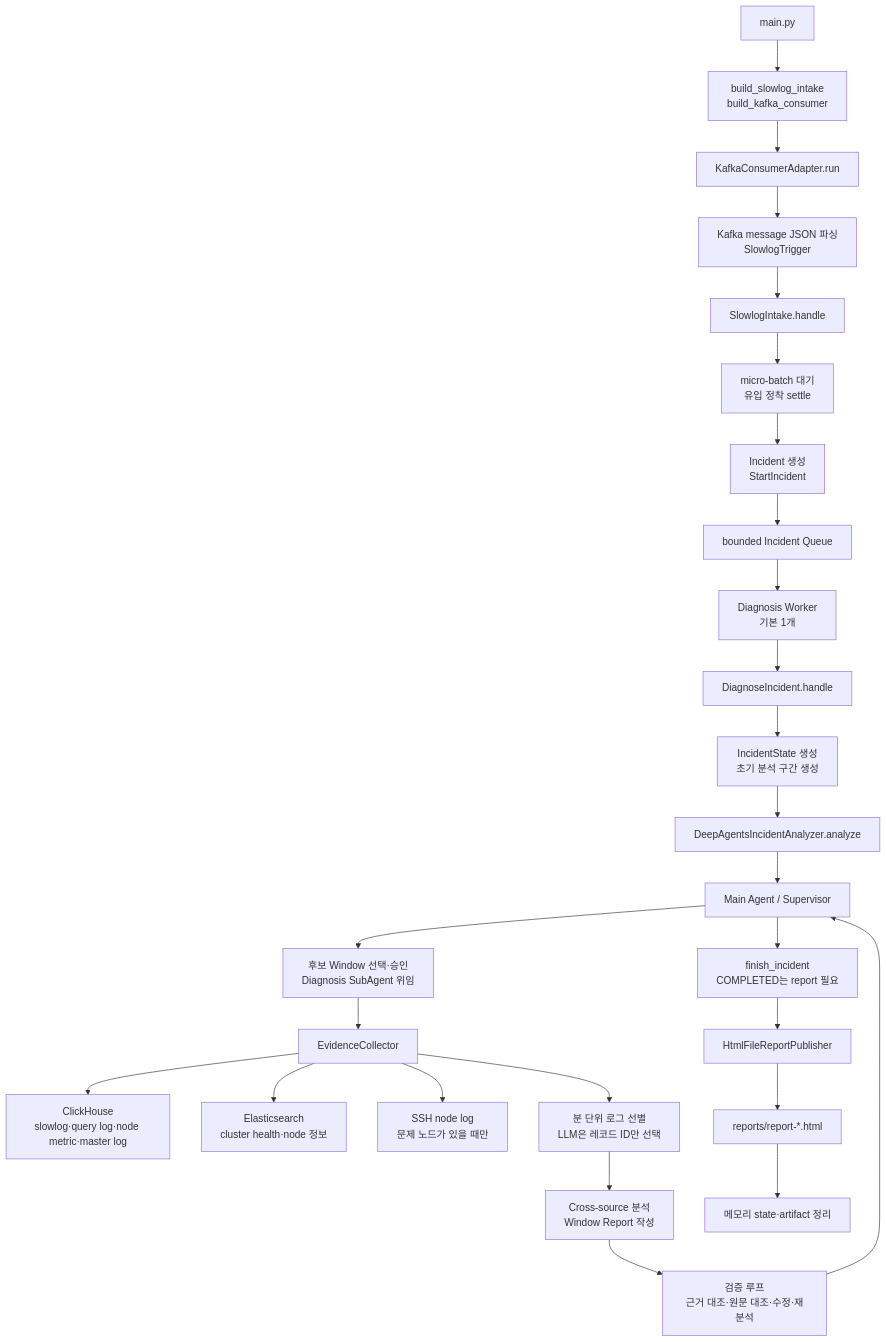
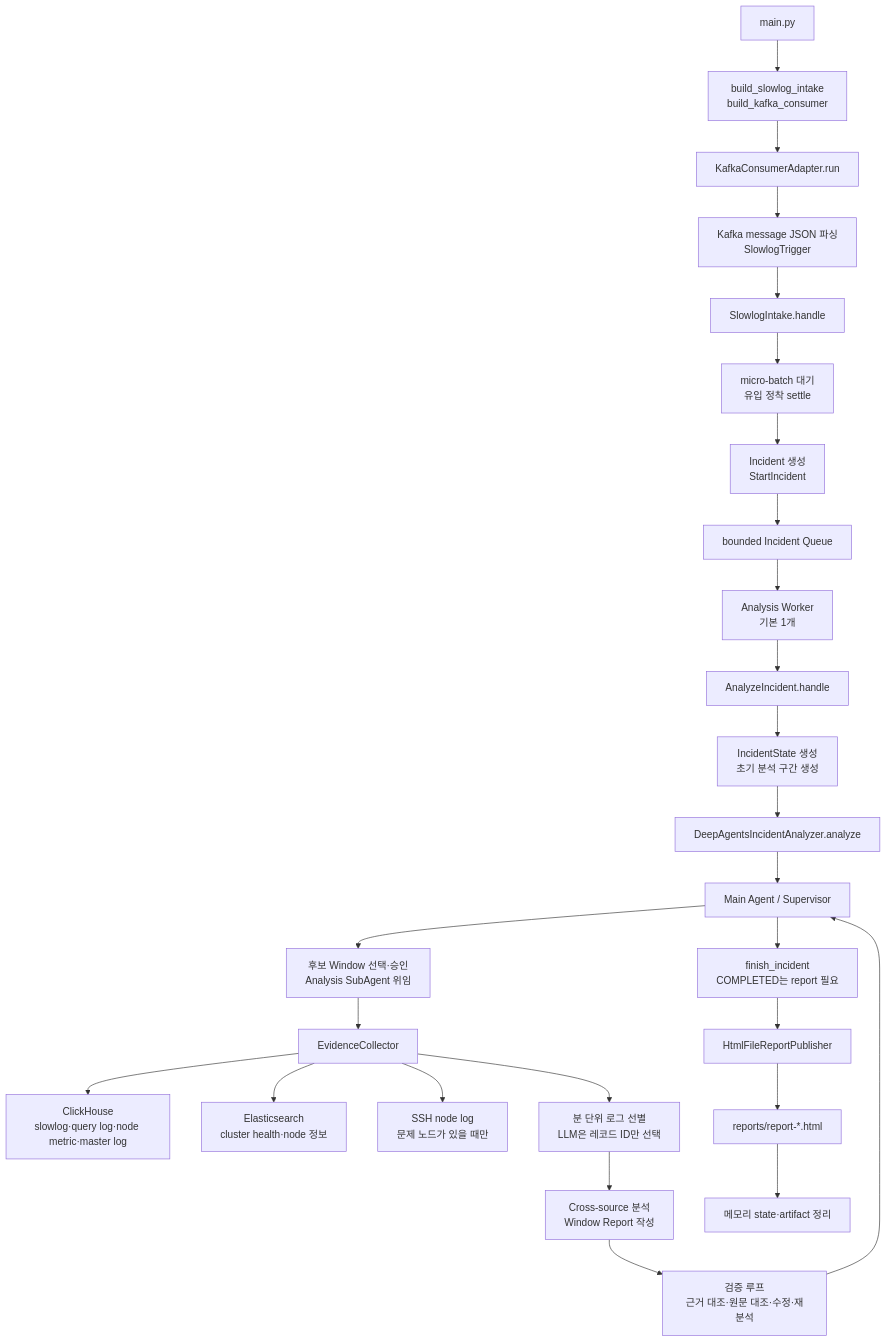
Before and after one commit to BaektotheFuture98/ClusterDoctor: the diagram in README.md, drawn with Mermaid. The commit also changed other lines of this file and 120 other files, not shown here.

````diff
--- a/README.md
+++ b/README.md
@@ -263,28 +263,28 @@
 ```mermaid
 flowchart TD
     A[main.py] --> B[build_slowlog_intake<br/>build_kafka_consumer]
     B --> C[KafkaConsumerAdapter.run]
     C --> D[Kafka message JSON 파싱<br/>SlowlogTrigger]
     D --> E[SlowlogIntake.handle]
     E --> F[micro-batch 대기<br/>유입 정착 settle]
     F --> G[Incident 생성<br/>StartIncident]
     G --> GQ[bounded Incident Queue]
-    GQ --> GW[Diagnosis Worker<br/>기본 1개]
-    GW --> H[DiagnoseIncident.handle]
+    GQ --> GW[Analysis Worker<br/>기본 1개]
+    GW --> H[AnalyzeIncident.handle]
     H --> I[IncidentState 생성<br/>초기 분석 구간 생성]
     I --> J[DeepAgentsIncidentAnalyzer.analyze]
     J --> K[Main Agent / Supervisor]
-    K --> L[후보 Window 선택·승인<br/>Diagnosis SubAgent 위임]
+    K --> L[후보 Window 선택·승인<br/>Analysis SubAgent 위임]
     L --> M[EvidenceCollector]
     M --> N[ClickHouse<br/>slowlog·query log·node metric·master log]
     M --> O[Elasticsearch<br/>cluster health·node 정보]
     M --> P[SSH node log<br/>문제 노드가 있을 때만]
     M --> Q[분 단위 로그 선별<br/>LLM은 레코드 ID만 선택]
     Q --> R[Cross-source 분석<br/>Window Report 작성]
     R --> S[검증 루프<br/>근거 대조·원문 대조·수정·재분석]
     S --> K
     K --> SF[finish_incident<br/>COMPLETED는 report 필요]
     SF --> U[HtmlFileReportPublisher]
     U --> V[reports/report-*.html]
     V --> W[메모리 state·artifact 정리]
 ```
````
